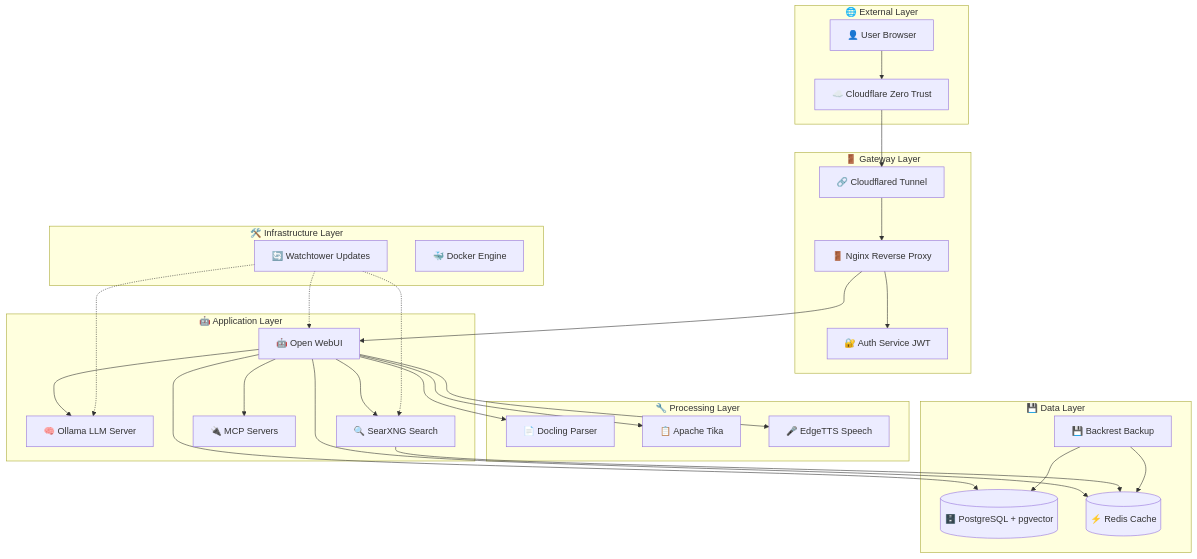
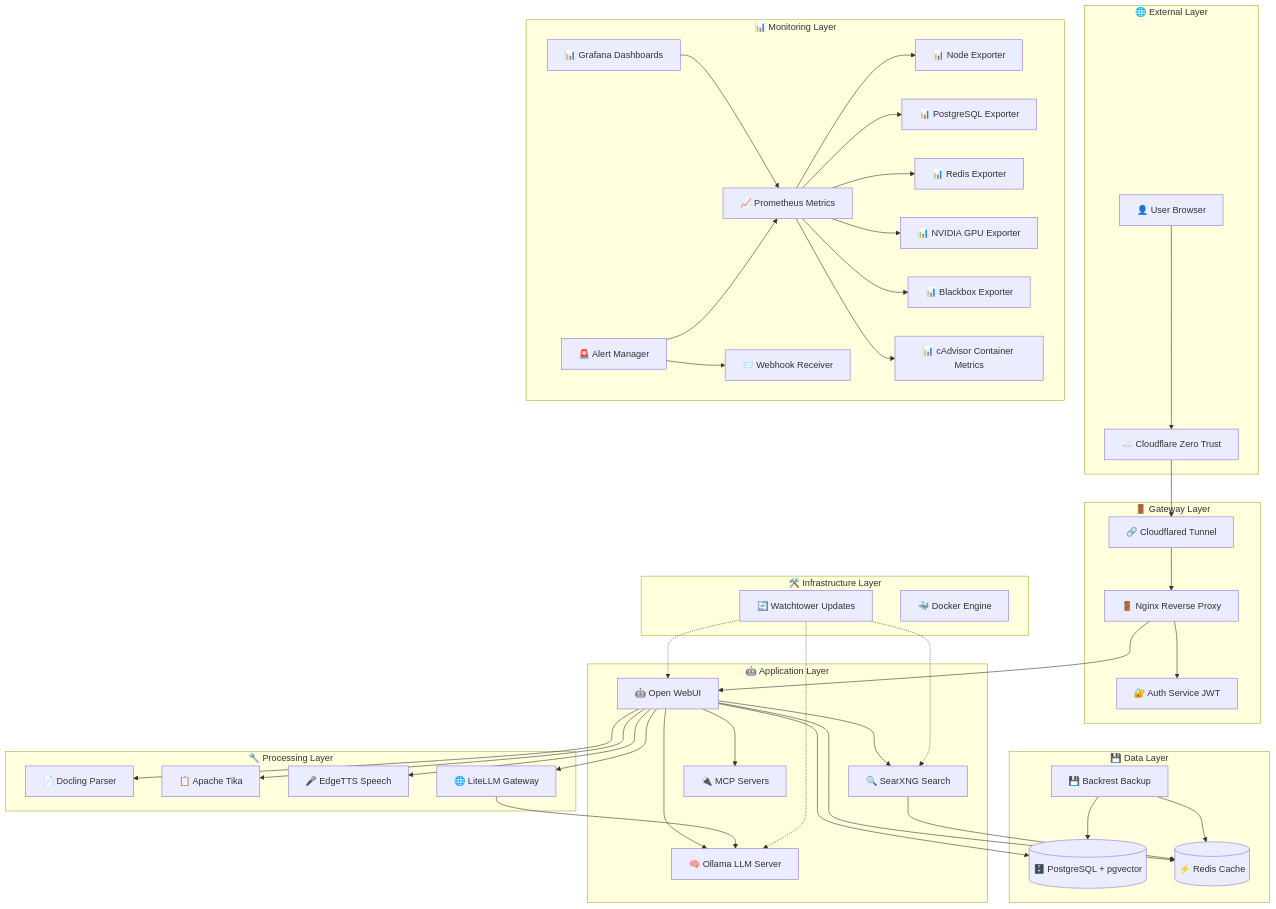
One commit to iamobservable/open-webui-starter changed the diagram in docs/architecture.md. Above: the diagram before and after it, drawn with Mermaid. The commit also changed other lines of this file and 5 other files, not shown here.

```diff
--- a/docs/architecture.md
+++ b/docs/architecture.md
@@ -54,12 +60,26 @@
         DOCLING[📄 Docling Parser]
         TIKA[📋 Apache Tika]
         EDGETTS[🎤 EdgeTTS Speech]
+        LITELLM[🌐 LiteLLM Gateway]
     end
 
     subgraph "💾 Data Layer"
         POSTGRES[(🗄️ PostgreSQL + pgvector)]
         REDIS[(⚡ Redis Cache)]
         BACKREST[💾 Backrest Backup]
+    end
+
+    subgraph "📊 Monitoring Layer"
+        PROMETHEUS[📈 Prometheus Metrics]
+        GRAFANA[📊 Grafana Dashboards]
+        ALERTMANAGER[🚨 Alert Manager]
+        WEBHOOK_REC[📨 Webhook Receiver]
+        NODE_EXP[📊 Node Exporter]
+        PG_EXP[📊 PostgreSQL Exporter]
+        REDIS_EXP[📊 Redis Exporter]
+        NVIDIA_EXP[📊 NVIDIA GPU Exporter]
+        BLACKBOX_EXP[📊 Blackbox Exporter]
+        CADVISOR[📊 cAdvisor Container Metrics]
     end
 
     subgraph "🛠️ Infrastructure Layer"
@@ -83,6 +103,8 @@
     OWUI --> DOCLING
     OWUI --> TIKA
     OWUI --> EDGETTS
+    OWUI --> LITELLM
+    LITELLM --> OLLAMA
 
     %% Data connections
     OWUI --> POSTGRES
@@ -91,6 +113,17 @@
     BACKREST --> POSTGRES
     BACKREST --> REDIS
 
+    %% Monitoring connections
+    PROMETHEUS --> NODE_EXP
+    PROMETHEUS --> PG_EXP
+    PROMETHEUS --> REDIS_EXP
+    PROMETHEUS --> NVIDIA_EXP
+    PROMETHEUS --> BLACKBOX_EXP
+    PROMETHEUS --> CADVISOR
+    GRAFANA --> PROMETHEUS
+    ALERTMANAGER --> PROMETHEUS
+    ALERTMANAGER --> WEBHOOK_REC
+
     %% Infrastructure
     WATCHTOWER -.-> OWUI
     WATCHTOWER -.-> OLLAMA
```
